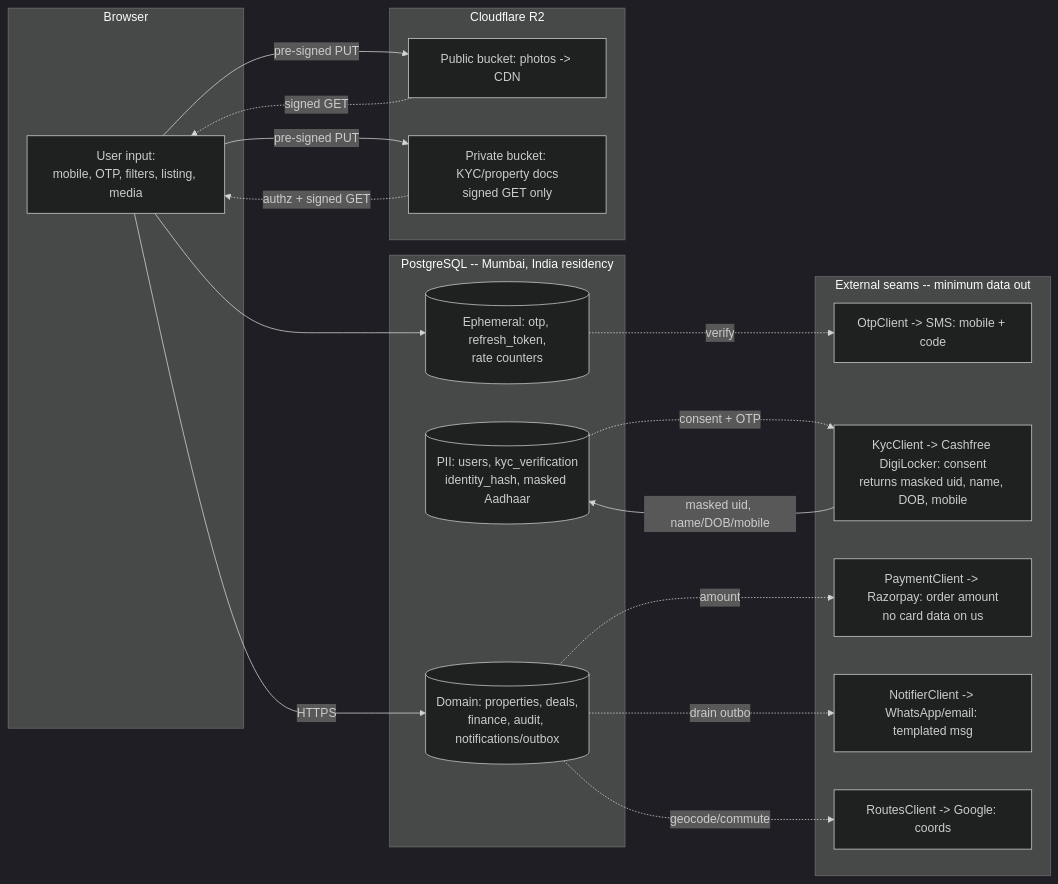
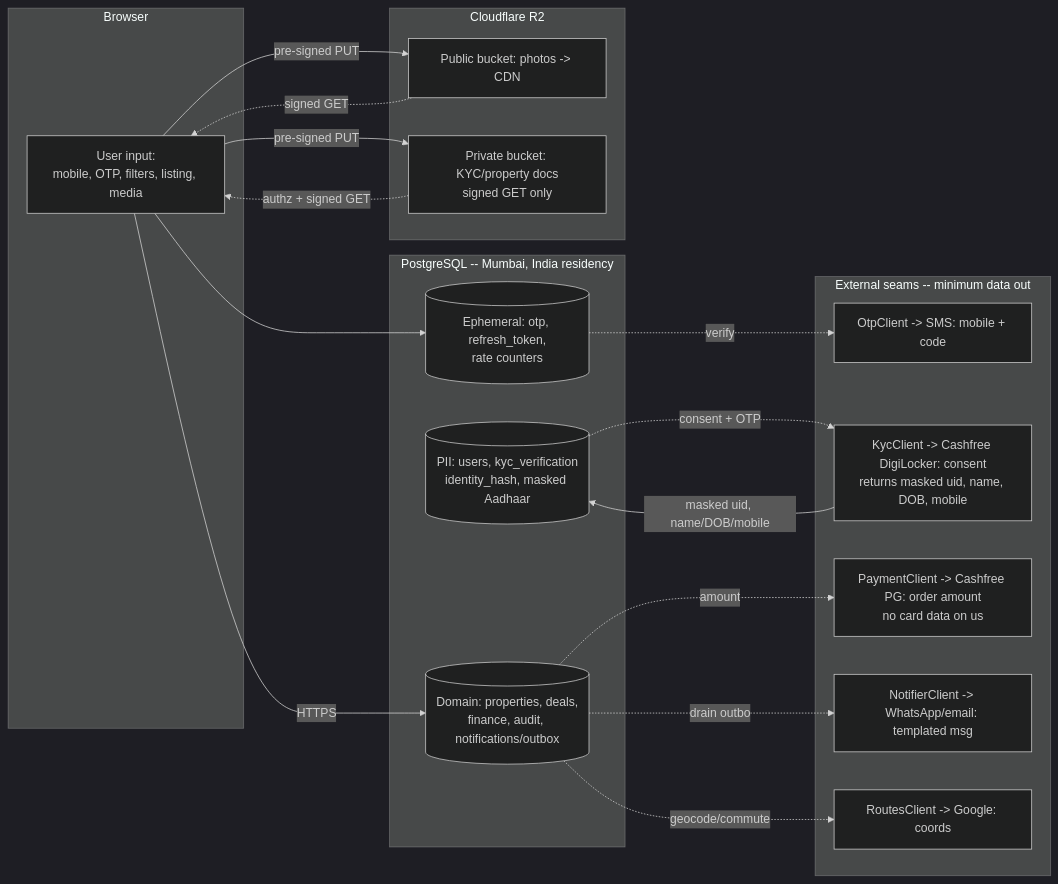
The fifth of 11 diagrams in docs/system/platform-architecture.md (yatishpatil101/Learning), drawn with Mermaid (dark theme) before and after one commit. The commit also changed other lines of this file and 448 other files, not shown here.

````diff
--- a/docs/system/platform-architecture.md
+++ b/docs/system/platform-architecture.md
@@ -350,38 +350,38 @@
 ```mermaid
 flowchart LR
     subgraph Client[Browser]
         U[User input:<br/>mobile, OTP, filters, listing, media]
     end
 
     subgraph Store[PostgreSQL -- Mumbai, India residency]
         PII[(PII: users, kyc_verification<br/>identity_hash, masked Aadhaar)]
         DOMAIN[(Domain: properties, deals,<br/>finance, audit, notifications/outbox)]
         EPH[(Ephemeral: otp, refresh_token,<br/>rate counters)]
     end
 
     subgraph Media[Cloudflare R2]
         PUB[Public bucket: photos -> CDN]
         PRIV[Private bucket: KYC/property docs<br/>signed GET only]
     end
 
     subgraph Ext[External seams -- minimum data out]
         SMS[OtpClient -> SMS: mobile + code]
         KYC[KycClient -> Cashfree DigiLocker: consent<br/>returns masked uid, name, DOB, mobile]
-        PAY[PaymentClient -> Razorpay: order amount<br/>no card data on us]
+        PAY[PaymentClient -> Cashfree PG: order amount<br/>no card data on us]
         NOT[NotifierClient -> WhatsApp/email: templated msg]
         MAP[RoutesClient -> Google: coords]
     end
 
     U -->|HTTPS| DOMAIN
     U --> EPH
     U -->|pre-signed PUT| PUB
     U -->|pre-signed PUT| PRIV
     EPH -.verify.-> SMS
     PII -.consent + OTP.-> KYC
     KYC -->|masked uid, name/DOB/mobile| PII
     DOMAIN -.amount.-> PAY
     DOMAIN -.drain outbox.-> NOT
     DOMAIN -.geocode/commute.-> MAP
     PUB -.signed GET.-> U
     PRIV -.authz + signed GET.-> U
 ```
````
